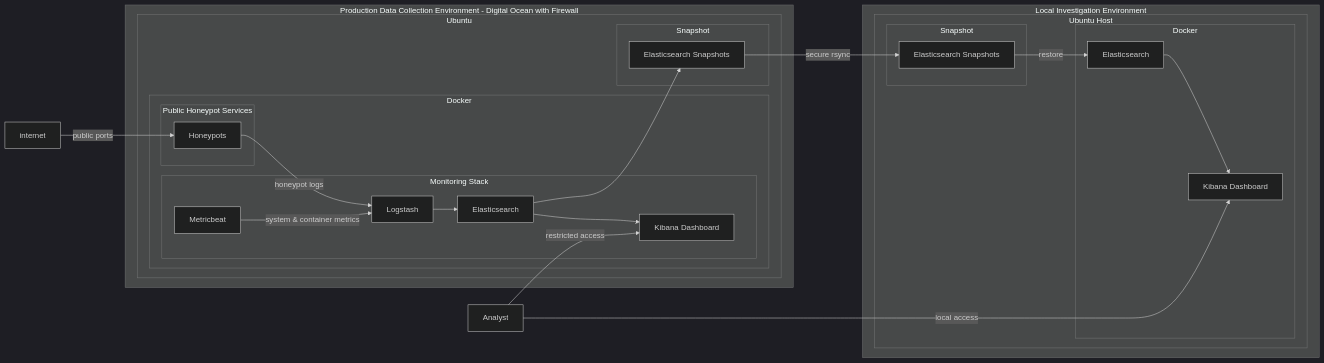
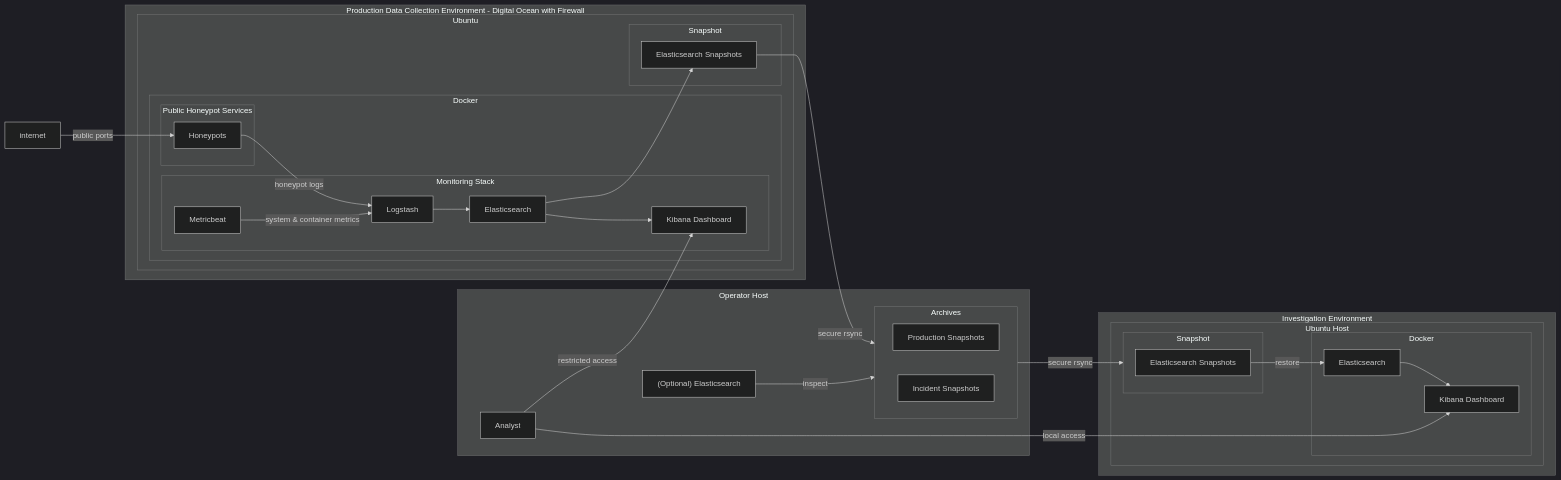
The second of 2 diagrams in README.md (damixen/honeypot-elk-siem-lab), drawn with Mermaid (dark theme) before and after one commit. The commit also changed other lines of this file and 2 other files, not shown here.

Commit message:
Updated README for V3 architecture

````diff
--- a/README.md
+++ b/README.md
@@ -21,50 +60,62 @@
 ```mermaid  
 flowchart LR
     subgraph internal-service["Monitoring Stack"]
         logstash["Logstash"]
         elastic["Elasticsearch"]
         kibana["Kibana Dashboard"]
         metricbeat["Metricbeat"]
     end
     subgraph external-service["Public Honeypot Services"]
         hpots["Honeypots"]
     end
     subgraph docker["Docker"]
         internal-service
         external-service
     end
     subgraph ubuntu["Ubuntu"]
         docker
         backup
     end
     subgraph Cloud["Production Data Collection Environment - Digital Ocean with Firewall"]
         ubuntu
     end
     subgraph backup["Snapshot"]
         snapshot["Elasticsearch Snapshots"]
     end
     subgraph backup_local["Snapshot"]
         snapshot_local["Elasticsearch Snapshots"]
     end
-    subgraph local["Local Investigation Environment"]
+    subgraph local["Investigation Environment"]
         subgraph ubuntu2["Ubuntu Host"]
             backup_local
             subgraph docker2["Docker"]
                 elastic_local["Elasticsearch"]
                 kibana_local["Kibana Dashboard"]
                 elastic_local --> kibana_local
             end
         end
     end
 
+    subgraph operatorhost["Operator Host"]
+        analyst
+        subgraph archives["Archives"]
+            direction LR
+            snapshot_operatorhost["Production Snapshots"]
+            snapshot_operatorhost2["Incident Snapshots"]
+        end
+        
+        elasticsearch_operatorhost["(Optional) Elasticsearch"]-->|inspect|archives
+    end
+
     internet -->|public ports| hpots
     hpots -->|honeypot logs| logstash
     metricbeat -->|system & container metrics| logstash
     logstash --> elastic
     elastic --> kibana
     analyst["Analyst"] --> |restricted access|kibana
     elastic --> snapshot
-    snapshot -->|secure rsync| snapshot_local
+    snapshot -->|secure rsync| snapshot_operatorhost
+    snapshot_operatorhost --> |secure rsync|backup_local
     snapshot_local --> |restore| elastic_local
     analyst --> |local access| kibana_local
 ```
````
